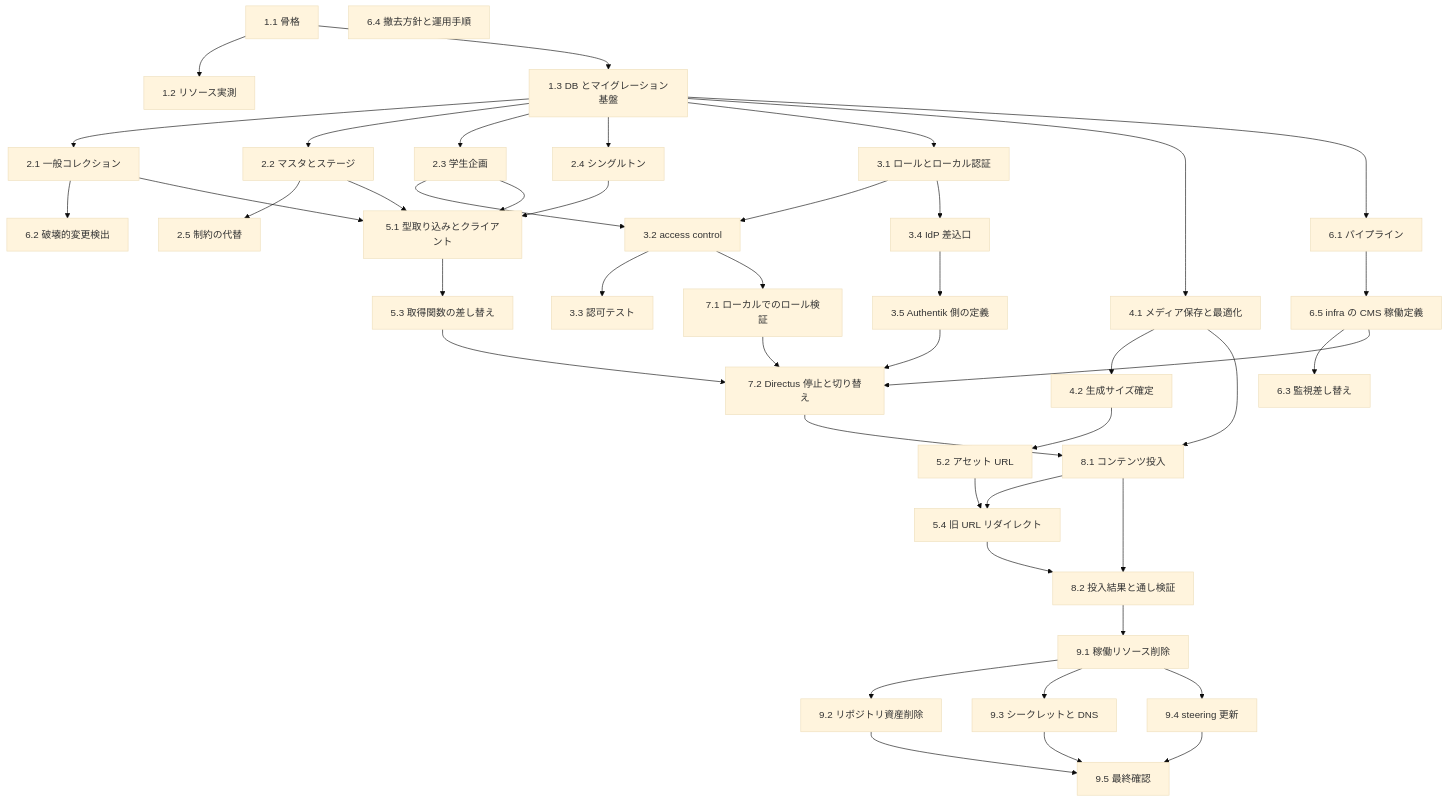
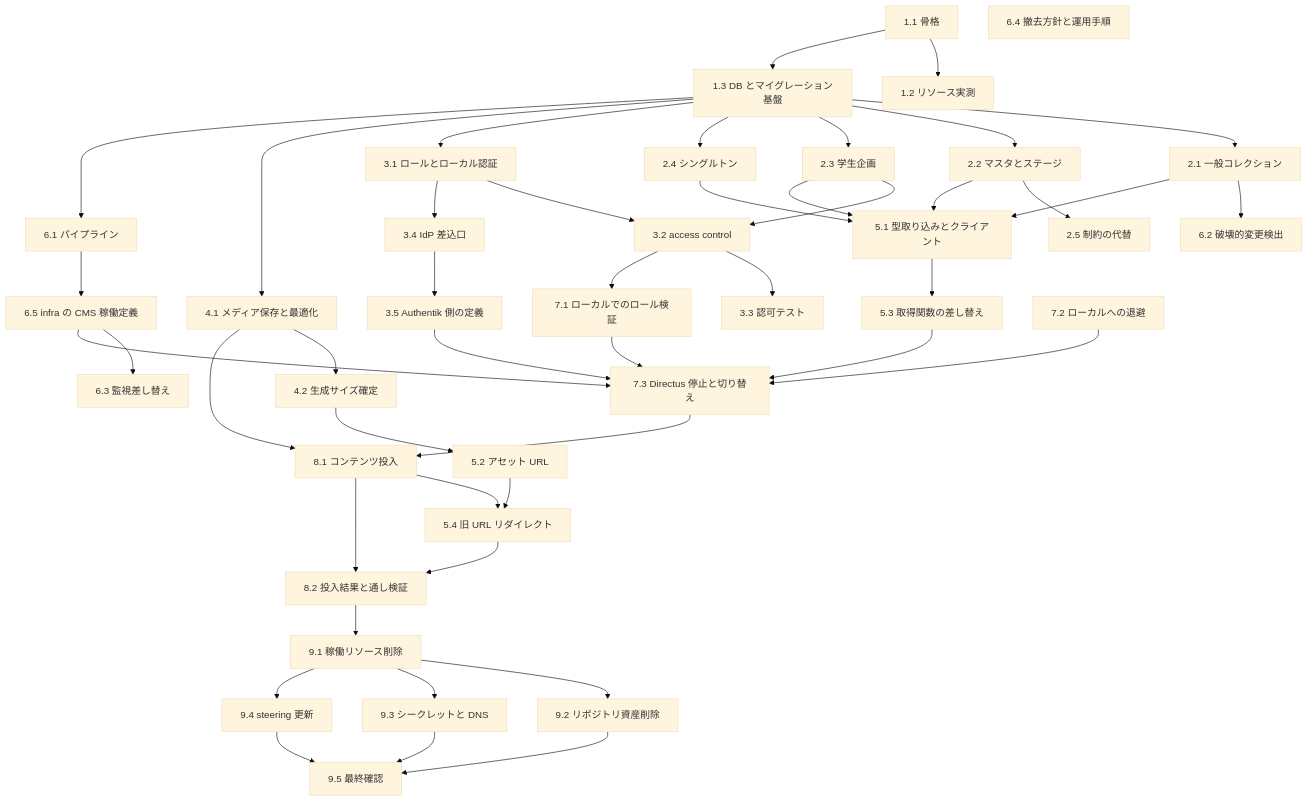
Before and after one commit to aramakisai/aramakisai-web: the diagram in .kiro/specs/payload-cms-migration/tasks.md, drawn with Mermaid (base theme). The commit also changed other lines of this file and 17 other files, not shown here.

````diff
--- a/.kiro/specs/payload-cms-migration/tasks.md
+++ b/.kiro/specs/payload-cms-migration/tasks.md
@@ -26,80 +26,82 @@
 ```mermaid
 graph TB
     T11[1.1 骨格]
     T12[1.2 リソース実測]
     T13[1.3 DB とマイグレーション基盤]
     T21[2.1 一般コレクション]
     T22[2.2 マスタとステージ]
     T23[2.3 学生企画]
     T24[2.4 シングルトン]
     T25[2.5 制約の代替]
     T31[3.1 ロールとローカル認証]
     T32[3.2 access control]
     T33[3.3 認可テスト]
     T34[3.4 IdP 差込口]
     T35[3.5 Authentik 側の定義]
     T41[4.1 メディア保存と最適化]
     T42[4.2 生成サイズ確定]
     T51[5.1 型取り込みとクライアント]
     T52[5.2 アセット URL]
     T53[5.3 取得関数の差し替え]
     T54[5.4 旧 URL リダイレクト]
     T61[6.1 パイプライン]
     T62[6.2 破壊的変更検出]
     T63[6.3 監視差し替え]
     T64[6.4 撤去方針と運用手順]
     T65[6.5 infra の CMS 稼働定義]
     T71[7.1 ローカルでのロール検証]
-    T72[7.2 Directus 停止と切り替え]
+    T72[7.2 ローカルへの退避]
+    T73[7.3 Directus 停止と切り替え]
     T81[8.1 コンテンツ投入]
     T82[8.2 投入結果と通し検証]
     T91[9.1 稼働リソース削除]
     T92[9.2 リポジトリ資産削除]
     T93[9.3 シークレットと DNS]
     T94[9.4 steering 更新]
     T95[9.5 最終確認]
 
     T11 --> T12
     T11 --> T13
     T13 --> T21
     T13 --> T22
     T13 --> T23
     T13 --> T24
     T13 --> T31
     T13 --> T41
     T13 --> T61
     T22 --> T25
     T23 --> T32
     T31 --> T32
     T31 --> T34
     T34 --> T35
     T32 --> T33
     T32 --> T71
     T41 --> T42
     T42 --> T52
     T21 --> T62
     T61 --> T65
     T65 --> T63
-    T65 --> T72
-    T35 --> T72
+    T65 --> T73
+    T35 --> T73
     T21 --> T51
     T22 --> T51
     T23 --> T51
     T24 --> T51
     T51 --> T53
-    T53 --> T72
-    T71 --> T72
-    T72 --> T81
+    T53 --> T73
+    T71 --> T73
+    T72 --> T73
+    T73 --> T81
     T41 --> T81
     T52 --> T54
     T81 --> T54
     T54 --> T82
     T81 --> T82
     T82 --> T91
     T91 --> T92
     T91 --> T93
     T91 --> T94
     T92 --> T95
     T93 --> T95
     T94 --> T95
 ```
````
